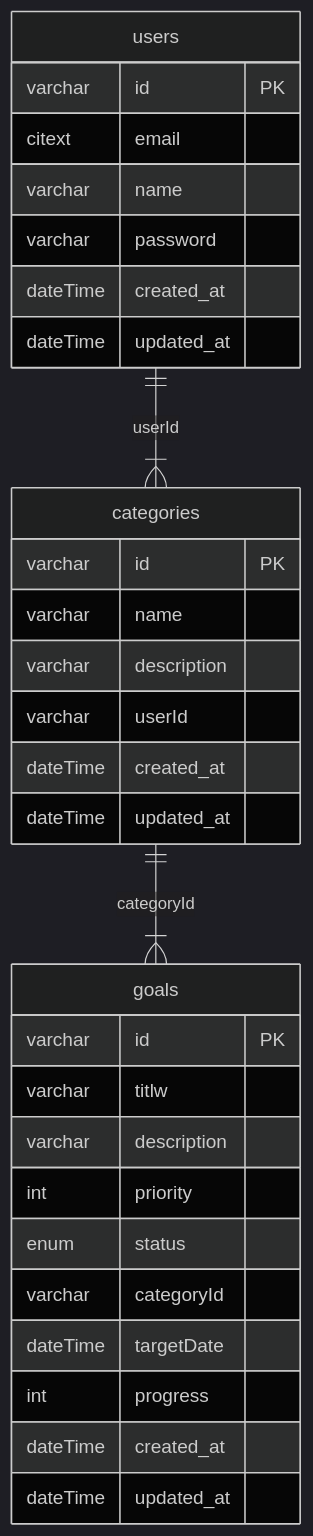
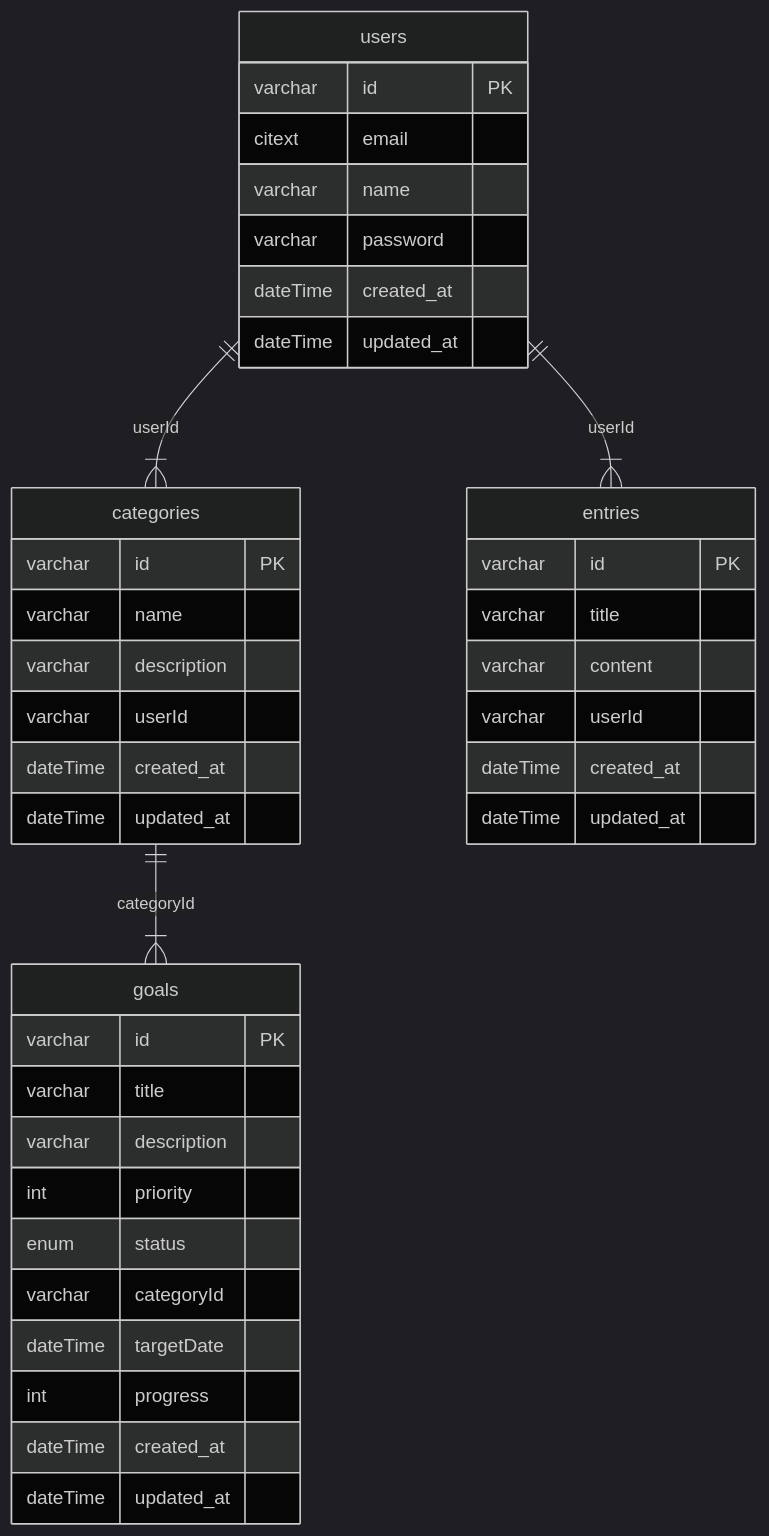
One commit to sandrvvu/BetterSelf changed the diagram in README.md. Above: the diagram before and after it, drawn with Mermaid (dark theme).

Commit message:
feat: update db schema

````diff
--- a/README.md
+++ b/README.md
@@ -5,36 +5,46 @@
 ```mermaid
 erDiagram
    users {
       varchar id PK
       citext email
       varchar name
       varchar password
       dateTime created_at
       dateTime updated_at
    }
 
    categories {
       varchar id PK
       varchar name
       varchar description
       varchar userId
       dateTime created_at
       dateTime updated_at
    }
    
    goals {
       varchar id PK
-      varchar titlw
+      varchar title
       varchar description
       int priority
       enum status
       varchar categoryId
       dateTime targetDate
       int progress
       dateTime created_at
       dateTime updated_at
    }
 
-    users ||--|{ categories : userId
-    categories ||--|{ goals : categoryId
+   entries {
+      varchar id PK
+      varchar title
+      varchar content
+      varchar userId
+      dateTime created_at
+      dateTime updated_at
+   }
+
+   users ||--|{ categories : userId
+   users ||--|{ entries : userId
+   categories ||--|{ goals : categoryId
 ```
````
